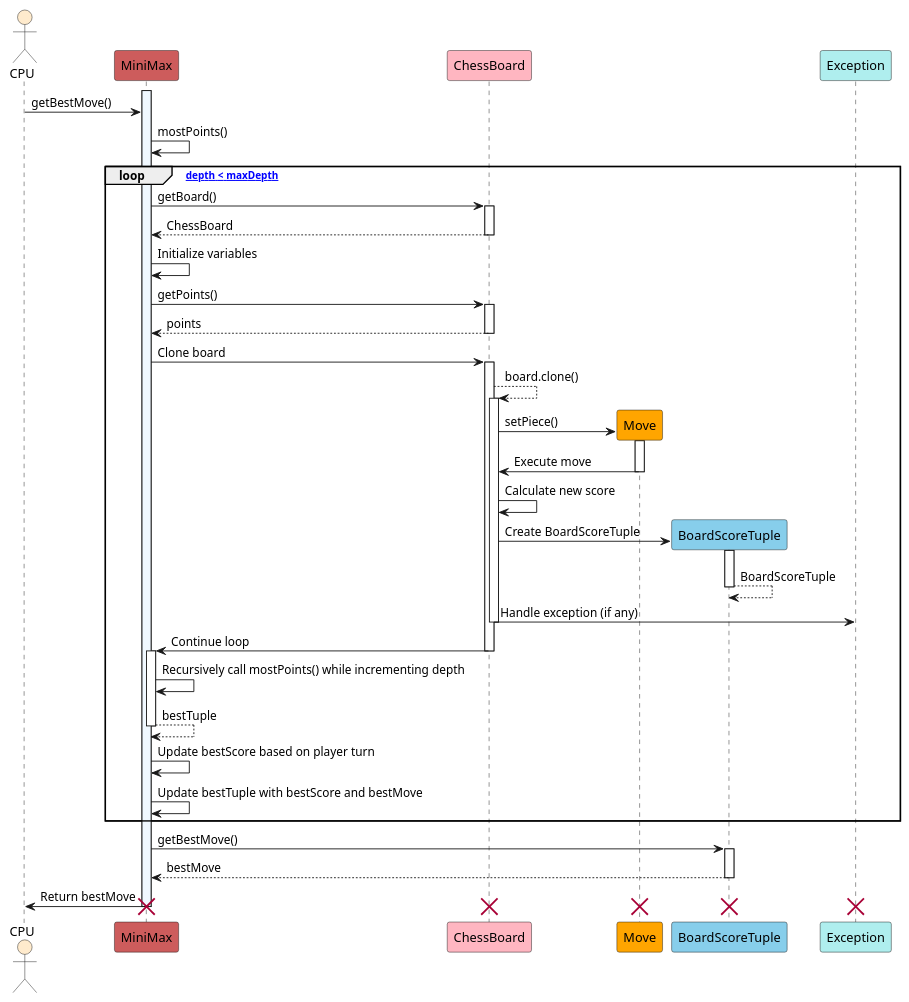
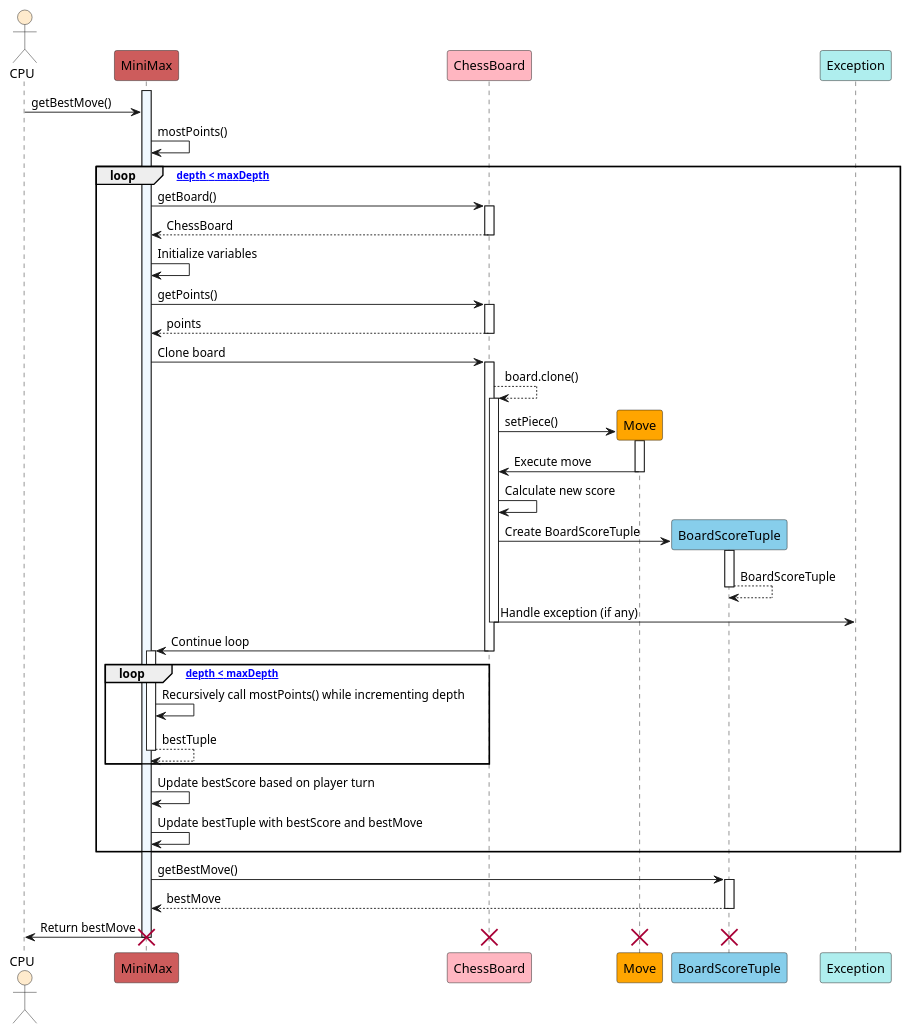
Before and after one commit to onx001/tp: the diagram in docs/diagrams/MiniMaxSequence.puml, drawn with PlantUML. The commit also changed 1 other file, not shown here.

```diff
--- a/docs/diagrams/MiniMaxSequence.puml
+++ b/docs/diagrams/MiniMaxSequence.puml
@@ -1,69 +1,70 @@
 @startuml MiniMaxSequenceDiagram
 
 actor CPU as user #BlanchedAlmond
 participant MiniMax as MM #IndianRed
 participant ChessBoard as CB #LightPink
 participant Move as M #Orange
 participant BoardScoreTuple as BST #SkyBlue
 participant Exception as E #PaleTurquoise
 
 activate MM #AliceBlue
 
 user -> MM : getBestMove()
 
 MM -> MM : mostPoints()
 
 loop ["depth < maxDepth"]
 
     MM -> CB : getBoard()
     activate CB
     CB --> MM : ChessBoard
     deactivate CB
 
     MM -> MM : Initialize variables
     MM -> CB : getPoints()
     activate CB
     CB --> MM : points
     deactivate CB
     MM -> CB : Clone board
     activate CB
 
     CB --> CB : board.clone()
     activate CB
 
     CB -> M** : setPiece()
     activate M
     M -> CB : Execute move
     deactivate M
     CB -> CB : Calculate new score
     CB -> BST** : Create BoardScoreTuple
     activate BST
     BST --> BST : BoardScoreTuple
     deactivate BST
     CB -> E : Handle exception (if any)
     deactivate CB
     CB -> MM : Continue loop
     deactivate CB
-    activate MM
-    MM -> MM : Recursively call mostPoints() while incrementing depth
-    MM --> MM : bestTuple
-    deactivate MM
+    loop ["depth < maxDepth"]
+        activate MM
+        MM -> MM : Recursively call mostPoints() while incrementing depth
+        MM --> MM : bestTuple
+        deactivate MM
+    end
     MM -> MM : Update bestScore based on player turn
     MM -> MM : Update bestTuple with bestScore and bestMove
 
 end
 
 MM -> BST : getBestMove()
 activate BST
 BST --> MM : bestMove
 deactivate BST
 
 MM -> user : Return bestMove
 deactivate MM
 destroy MM
 destroy CB
 destroy M
 destroy BST
-destroy E
 
 @enduml
```
